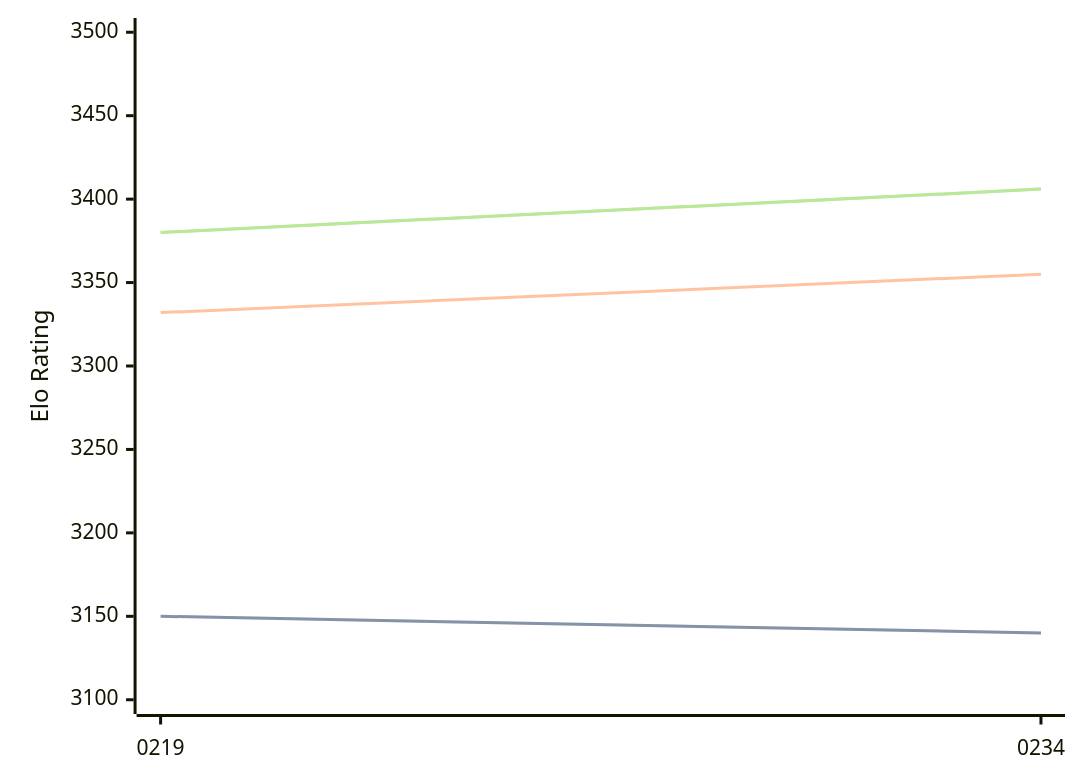
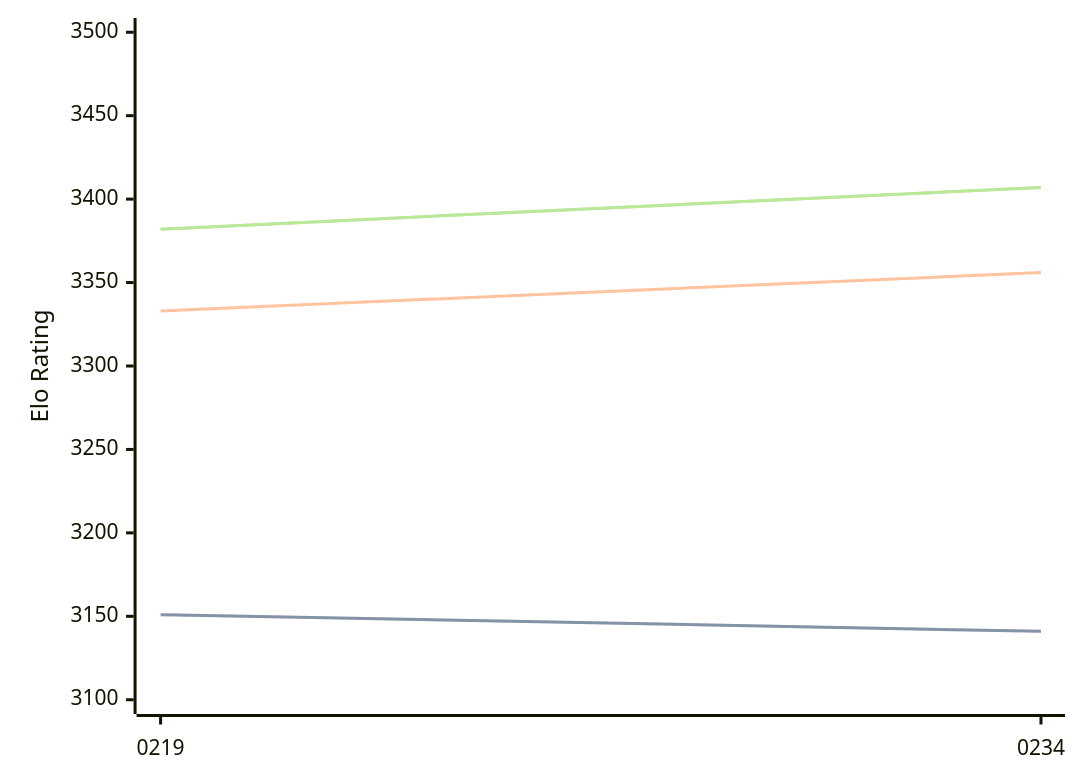
Before and after one commit to computer-chess-index/cci: the diagram in engines/Ynode.md, drawn with Mermaid. The commit also changed other lines of this file, not shown here.

Commit message:
Update CCI Ratings (ELO VLTC) - 2026-10-09

````diff
--- a/engines/Ynode.md
+++ b/engines/Ynode.md
@@ -32,11 +32,11 @@
 ```mermaid
 %%{init: {"theme":"base","themeVariables":{"seriesColors:['#a3a3a3','#222221','#faa371']}}}%%
 xychart-beta
   x-axis ["0219", "0234"]
   y-axis "Elo Rating" 3100 --> 3500
-  line "" [3150, 3140]
-  line "STC (8.0+0.08s)" [3150, 3140]
-  line "LTC (60.0+0.60s)" [3332, 3355]
-  line "" [3380, 3406]
-  line "VLTC (2m24s+1.12s)" [3380, 3406]
+  line "" [3151, 3141]
+  line "STC (8.0+0.08s)" [3151, 3141]
+  line "LTC (60.0+0.60s)" [3333, 3356]
+  line "" [3382, 3407]
+  line "VLTC (2m24s+1.12s)" [3382, 3407]
 ```
````
